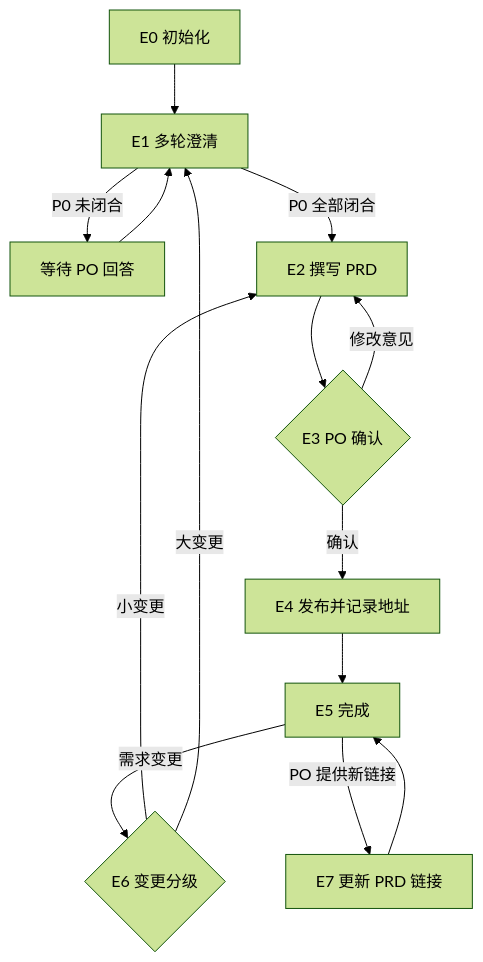
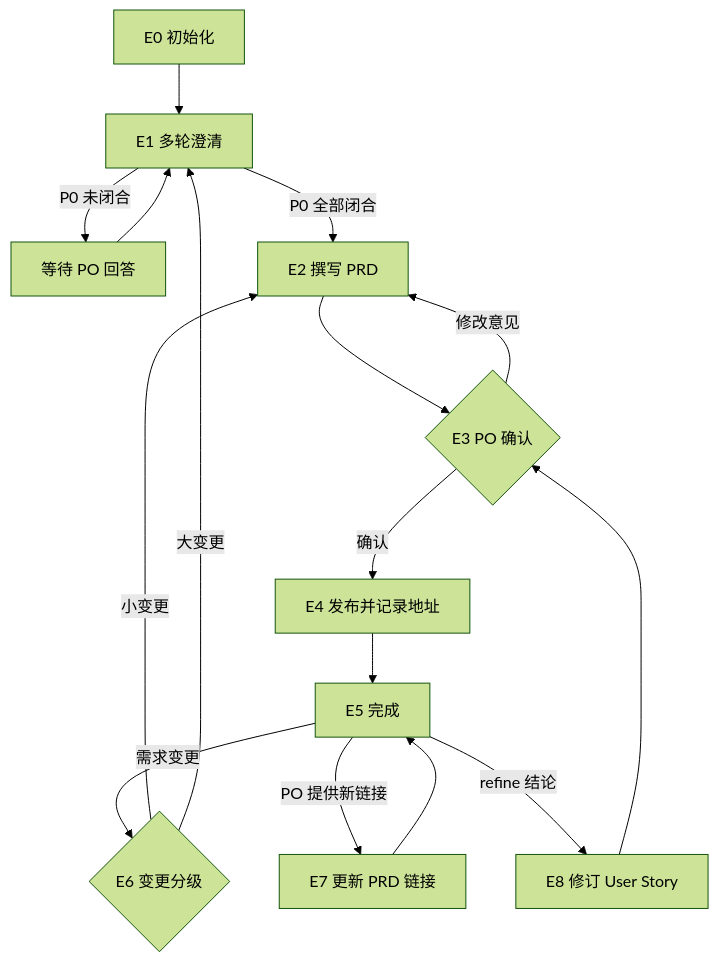
Before and after one commit to mjz-kevin/marriott: the diagram in .cursor/agents/eval-agent.md, drawn with Mermaid (forest theme). The commit also changed other lines of this file and 2 other files, not shown here.

Commit message:
Eval Agent负责生成PRD和生成PRD中的User Story User Story Agent 负责把PRD（本地或Confluence上的PRD里面的User Story）同步到Jira（通过增删改查Jira的Skill）

````diff
--- a/.cursor/agents/eval-agent.md
+++ b/.cursor/agents/eval-agent.md
@@ -188,16 +195,18 @@
 ```mermaid
 flowchart TD
     E0["E0 初始化"] --> E1["E1 多轮澄清"]
     E1 -->|"P0 未闭合"| W1["等待 PO 回答"]
     W1 --> E1
     E1 -->|"P0 全部闭合"| E2["E2 撰写 PRD"]
     E2 --> G1{"E3 PO 确认"}
     G1 -->|"修改意见"| E2
     G1 -->|"确认"| E4["E4 发布并记录地址"]
     E4 --> E5["E5 完成"]
     E5 -->|"需求变更"| E6{"E6 变更分级"}
     E6 -->|"小变更"| E2
     E6 -->|"大变更"| E1
     E5 -->|"PO 提供新链接"| E7["E7 更新 PRD 链接"]
     E7 --> E5
+    E5 -->|"refine 结论"| E8["E8 修订 User Story"]
+    E8 --> G1
 ```
````
